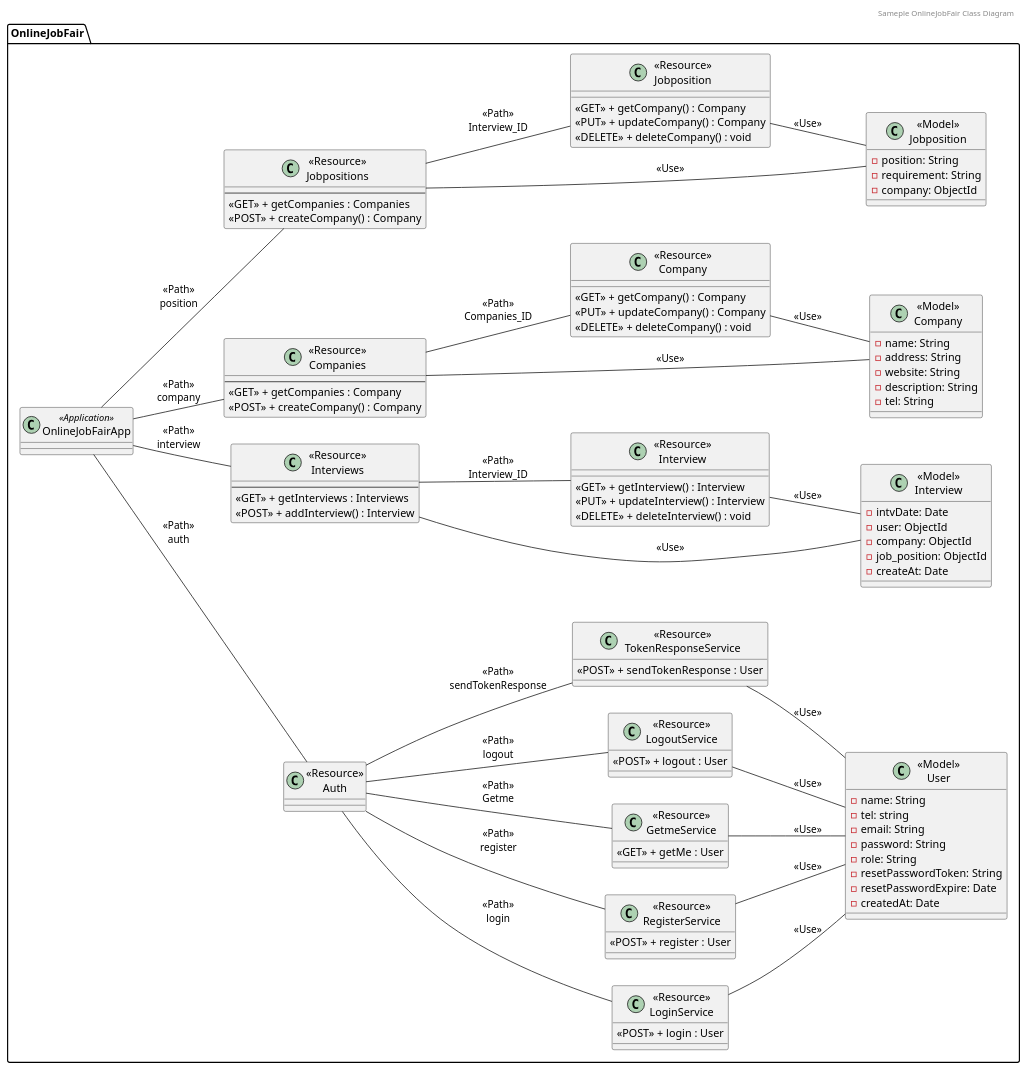
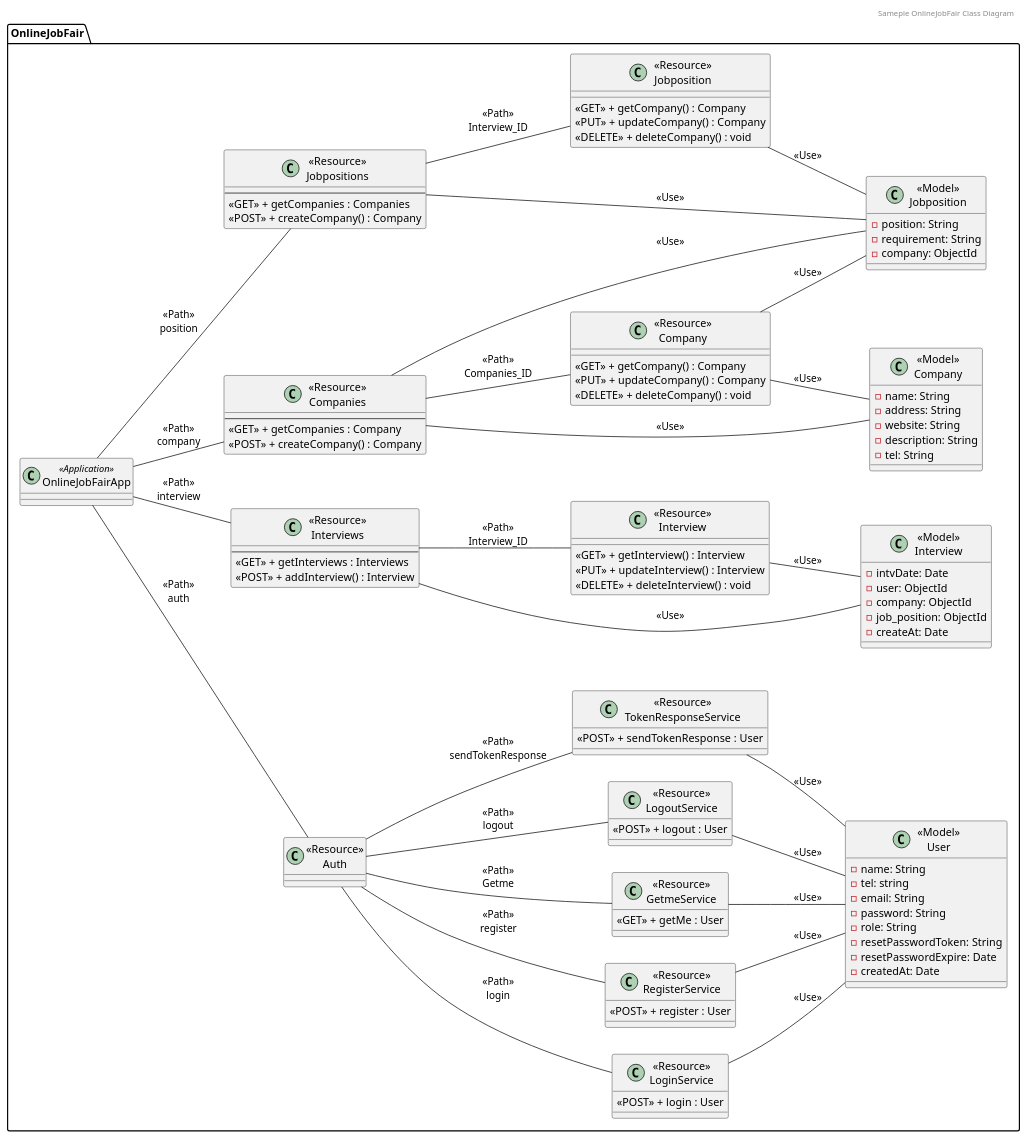
Before and after one commit to 2110503TACEDT66/presentation-day-1-madumeawteehongraomai: the diagram in plantuml/classv2.puml, drawn with PlantUML. The commit also changed 29 other files, not shown here.

```diff
--- a/plantuml/classv2.puml
+++ b/plantuml/classv2.puml
@@ -1,134 +1,136 @@
 @startuml
 header Sameple OnlineJobFair Class Diagram
 
 left to right direction
 package "OnlineJobFair"{
     class "OnlineJobFairApp" <<Application>> {
 }
 
 class "<<Resource>>\nAuth" {
 }
 
 class "<<Resource>>\nLoginService" {
   <<POST>> + login : User
 }
 
 class "<<Resource>>\nRegisterService" {
   <<POST>> + register : User
 }
 
 class "<<Resource>>\nGetmeService" {
   <<GET>> + getMe : User
 }
 
 class "<<Resource>>\nLogoutService" {
   <<POST>> + logout : User
 }
 
 class "<<Resource>>\nTokenResponseService" {
   <<POST>> + sendTokenResponse : User
 }
 
 class "<<Model>>\nUser" {
   - name: String
   - tel: string
   - email: String
   - password: String
   - role: String 
   - resetPasswordToken: String
   - resetPasswordExpire: Date
   - createdAt: Date
 }
 
 class "<<Model>>\nInterview" {
   - intvDate: Date
   - user: ObjectId
   - company: ObjectId
   - job_position: ObjectId
   - createAt: Date
 }
 
 class "<<Resource>>\nInterview" {
     <<GET>> + getInterview() : Interview
     <<PUT>> + updateInterview() : Interview
     <<DELETE>> + deleteInterview() : void
 }
 
 class "<<Resource>>\nInterviews" {
   --
   <<GET>> + getInterviews : Interviews
   <<POST>> + addInterview() : Interview
 }
 
 class "<<Model>>\nCompany" {
   - name: String
   - address: String
   - website: String
   - description: String
   - tel: String
 }
 
 class "<<Resource>>\nCompany" {
     <<GET>> + getCompany() : Company
     <<PUT>> + updateCompany() : Company
     <<DELETE>> + deleteCompany() : void
 }
 
 class "<<Resource>>\nCompanies" {
   --
   <<GET>> + getCompanies : Company
   <<POST>> + createCompany() : Company
 }
 class "<<Model>>\nJobposition" {
   - position: String
   - requirement: String
   - company: ObjectId
 
 }
 
 class "<<Resource>>\nJobposition" {
     <<GET>> + getCompany() : Company
     <<PUT>> + updateCompany() : Company
     <<DELETE>> + deleteCompany() : void
 }
 
 class "<<Resource>>\nJobpositions" {
   --
   <<GET>> + getCompanies : Companies
   <<POST>> + createCompany() : Company
 }
 
 "OnlineJobFairApp" -- "<<Resource>>\nAuth" : <<Path>>\nauth
 "OnlineJobFairApp" -- "<<Resource>>\nCompanies" : <<Path>>\ncompany
 "OnlineJobFairApp" -- "<<Resource>>\nInterviews" : <<Path>>\ninterview
 "OnlineJobFairApp" -- "<<Resource>>\nJobpositions" : <<Path>>\nposition
 
 
 "<<Resource>>\nAuth" -- "<<Resource>>\nLoginService" : <<Path>>\nlogin
 "<<Resource>>\nAuth" -- "<<Resource>>\nRegisterService"  : <<Path>>\nregister
 "<<Resource>>\nAuth" -- "<<Resource>>\nGetmeService"  : <<Path>>\nGetme
 "<<Resource>>\nAuth" -- "<<Resource>>\nLogoutService"  : <<Path>>\nlogout
 "<<Resource>>\nAuth" -- "<<Resource>>\nTokenResponseService"  : <<Path>>\nsendTokenResponse
 
 "<<Resource>>\nLoginService" -- "<<Model>>\nUser" : <<Use>>
 "<<Resource>>\nRegisterService" -- "<<Model>>\nUser" : <<Use>>
 "<<Resource>>\nGetmeService" -- "<<Model>>\nUser" : <<Use>>
 "<<Resource>>\nLogoutService" -- "<<Model>>\nUser" : <<Use>>
 "<<Resource>>\nTokenResponseService" -- "<<Model>>\nUser" : <<Use>>
 
 "<<Resource>>\nInterviews" -- "<<Resource>>\nInterview" : <<Path>>\nInterview_ID
 "<<Resource>>\nInterview" -- "<<Model>>\nInterview" : <<Use>>
 "<<Resource>>\nInterviews" -- "<<Model>>\nInterview" : <<Use>>
 
 
 "<<Resource>>\nCompanies" -- "<<Resource>>\nCompany" : <<Path>>\nCompanies_ID
 "<<Resource>>\nCompany" -- "<<Model>>\nCompany" : <<Use>>
 "<<Resource>>\nCompanies" -- "<<Model>>\nCompany" : <<Use>>
 
 "<<Resource>>\nJobpositions" -- "<<Resource>>\nJobposition" : <<Path>>\nInterview_ID
 "<<Resource>>\nJobposition" -- "<<Model>>\nJobposition" : <<Use>>
 "<<Resource>>\nJobpositions" -- "<<Model>>\nJobposition" : <<Use>>
-  
+
+"<<Resource>>\nCompanies" -- "<<Model>>\nJobposition" : <<Use>>
+"<<Resource>>\nCompany" -- "<<Model>>\nJobposition" : <<Use>>
 }
 
 @enduml
```
